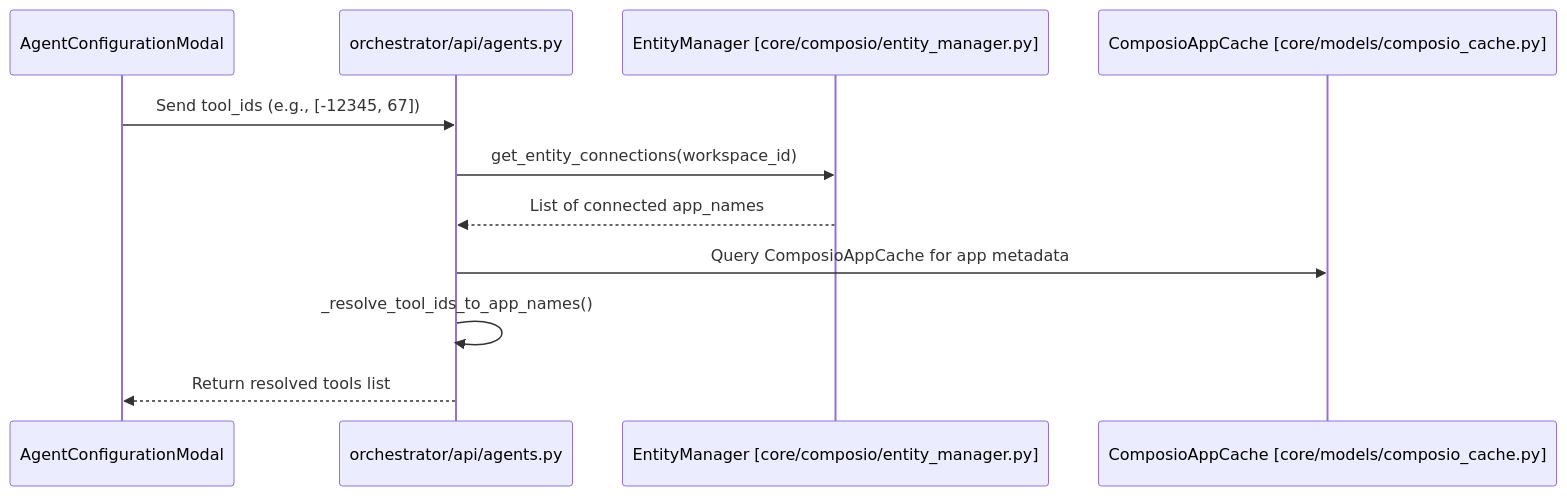
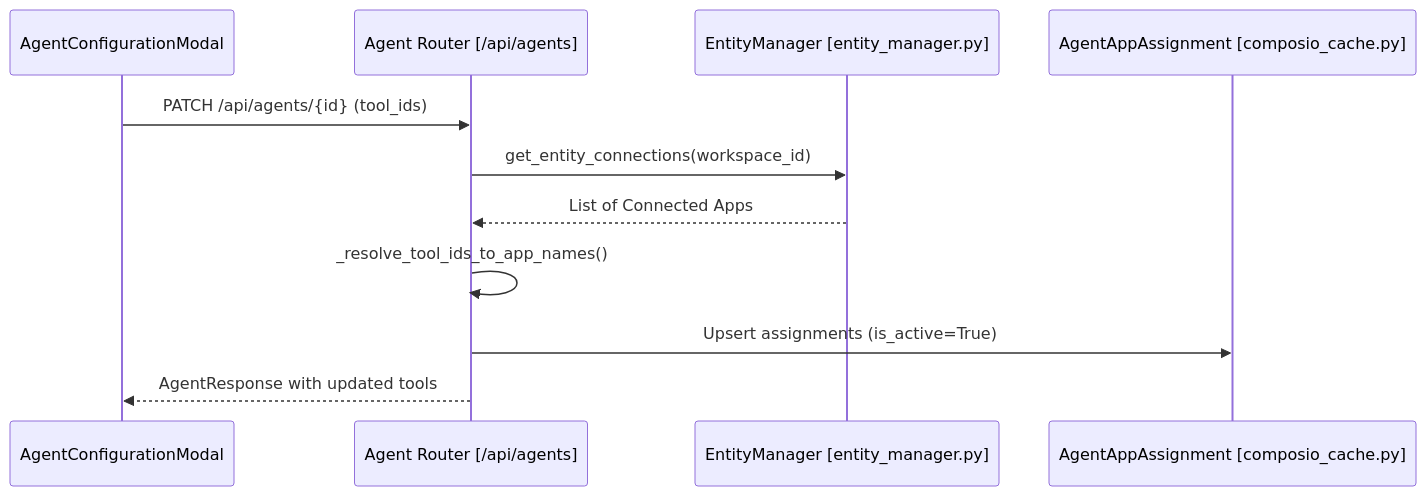
One commit to AutomatosAI/automatos-ai changed the second of 2 diagrams in docs/agents/agent-configuration.md. Above: the diagram before and after it, drawn with Mermaid. The commit also changed other lines of this file and 153 other files, not shown here.

````diff
--- a/docs/agents/agent-configuration.md
+++ b/docs/agents/agent-configuration.md
@@ -121,14 +111,14 @@
 ```mermaid
 sequenceDiagram
     participant UI as AgentConfigurationModal
-    participant API as orchestrator/api/agents.py
-    participant EM as EntityManager [core/composio/entity_manager.py]
-    participant DB as ComposioAppCache [core/models/composio_cache.py]
+    participant API as Agent Router [/api/agents]
+    participant EM as EntityManager [entity_manager.py]
+    participant DB as AgentAppAssignment [composio_cache.py]
 
-    UI->>API: Send tool_ids (e.g., [-12345, 67])
+    UI->>API: PATCH /api/agents/{id} (tool_ids)
     API->>EM: get_entity_connections(workspace_id)
-    EM-->>API: List of connected app_names
-    API->>DB: Query ComposioAppCache for app metadata
+    EM-->>API: List of Connected Apps
     API->>API: _resolve_tool_ids_to_app_names()
-    API-->>UI: Return resolved tools list
+    API->>DB: Upsert assignments (is_active=True)
+    API-->>UI: AgentResponse with updated tools
 ```
````
